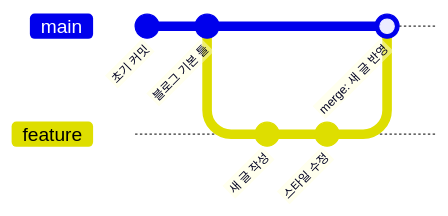
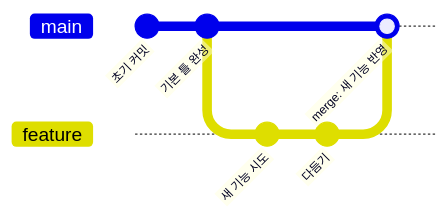
One commit to Lezo-Jong/my-blog changed the third of 5 diagrams in _posts/2026-08-31-git-github-첫주-명령어-정리.md. Above: the diagram before and after it, drawn with Mermaid. The commit also changed other lines of this file and 2 other files, not shown here.

````diff
--- a/_posts/2026-08-31-git-github-첫주-명령어-정리.md
+++ b/_posts/2026-08-31-git-github-첫주-명령어-정리.md
@@ -61,11 +65,11 @@
 ```mermaid
 gitGraph
     commit id: "초기 커밋"
-    commit id: "블로그 기본 틀"
+    commit id: "기본 틀 완성"
     branch feature
     checkout feature
-    commit id: "새 글 작성"
-    commit id: "스타일 수정"
+    commit id: "새 기능 시도"
+    commit id: "다듬기"
     checkout main
-    merge feature id: "merge: 새 글 반영"
+    merge feature id: "merge: 새 기능 반영"
 ```
````
